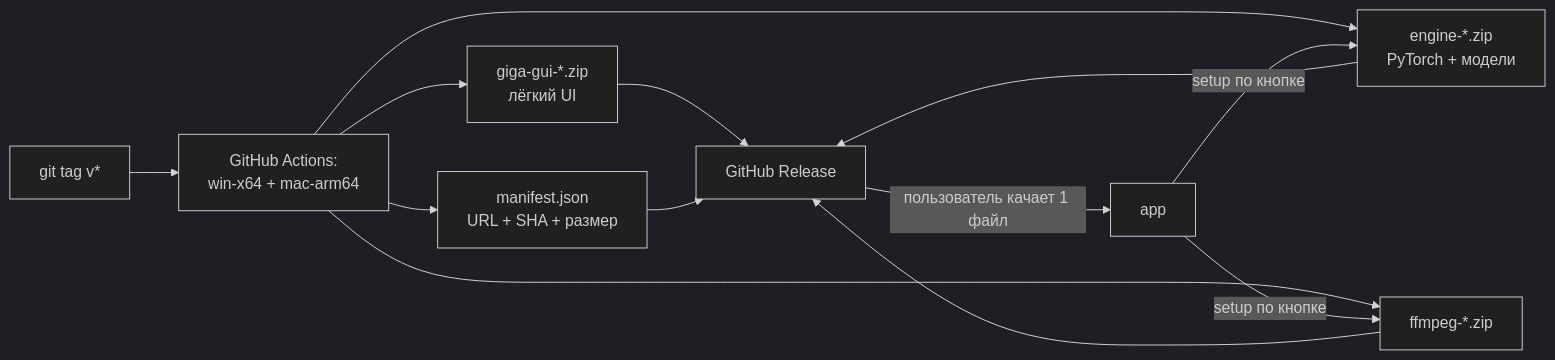
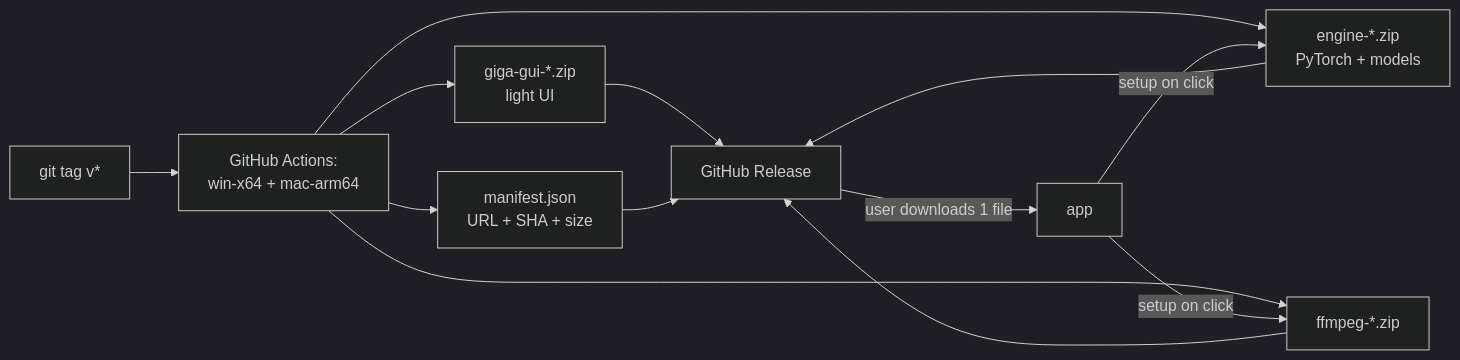
Before and after one commit to kwexz/GigaAM-UI: the fourth of 4 diagrams in README.md, drawn with Mermaid (dark theme). The commit also changed other lines of this file and 1 other file, not shown here.

````diff
--- a/README.md
+++ b/README.md
@@ -114,11 +116,11 @@
 ```mermaid
 flowchart LR
     TAG["git tag v*"] --> CI["GitHub Actions:\nwin-x64 + mac-arm64"]
-    CI --> B1["giga-gui-*.zip\nлёгкий UI"]
-    CI --> B2["engine-*.zip\nPyTorch + модели"]
+    CI --> B1["giga-gui-*.zip\nlight UI"]
+    CI --> B2["engine-*.zip\nPyTorch + models"]
     CI --> B3["ffmpeg-*.zip"]
-    CI --> M["manifest.json\nURL + SHA + размер"]
+    CI --> M["manifest.json\nURL + SHA + size"]
     B1 & B2 & B3 & M --> REL["GitHub Release"]
-    REL -- "пользователь качает 1 файл" --> U2[app]
-    U2 -- "setup по кнопке" --> B2 & B3
+    REL -- "user downloads 1 file" --> U2[app]
+    U2 -- "setup on click" --> B2 & B3
 ```
````
